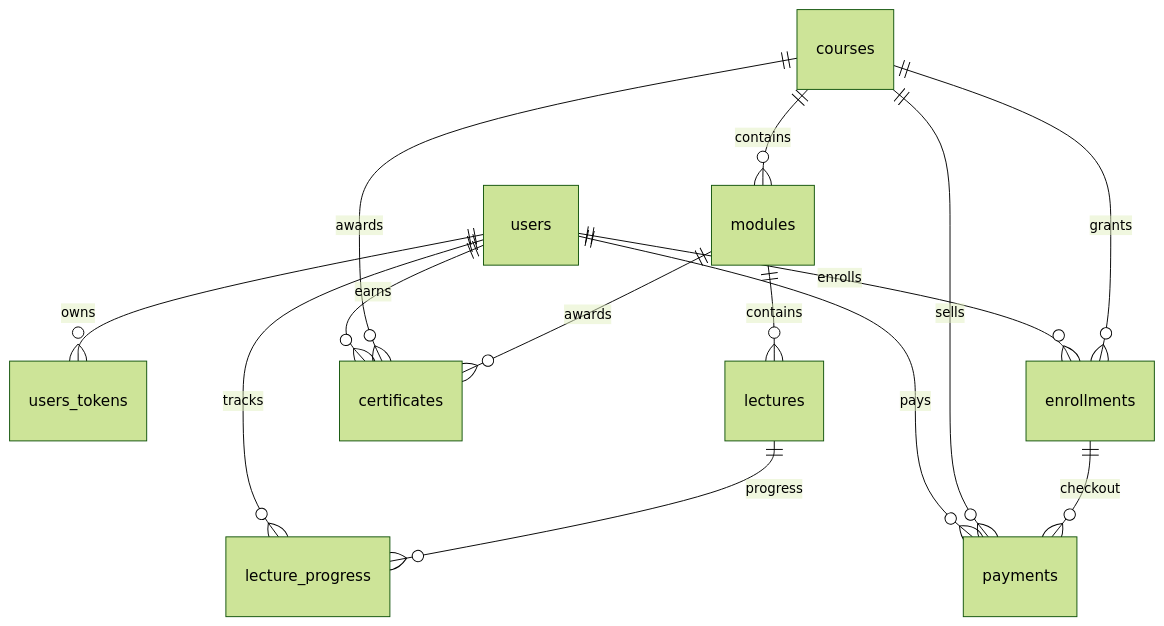
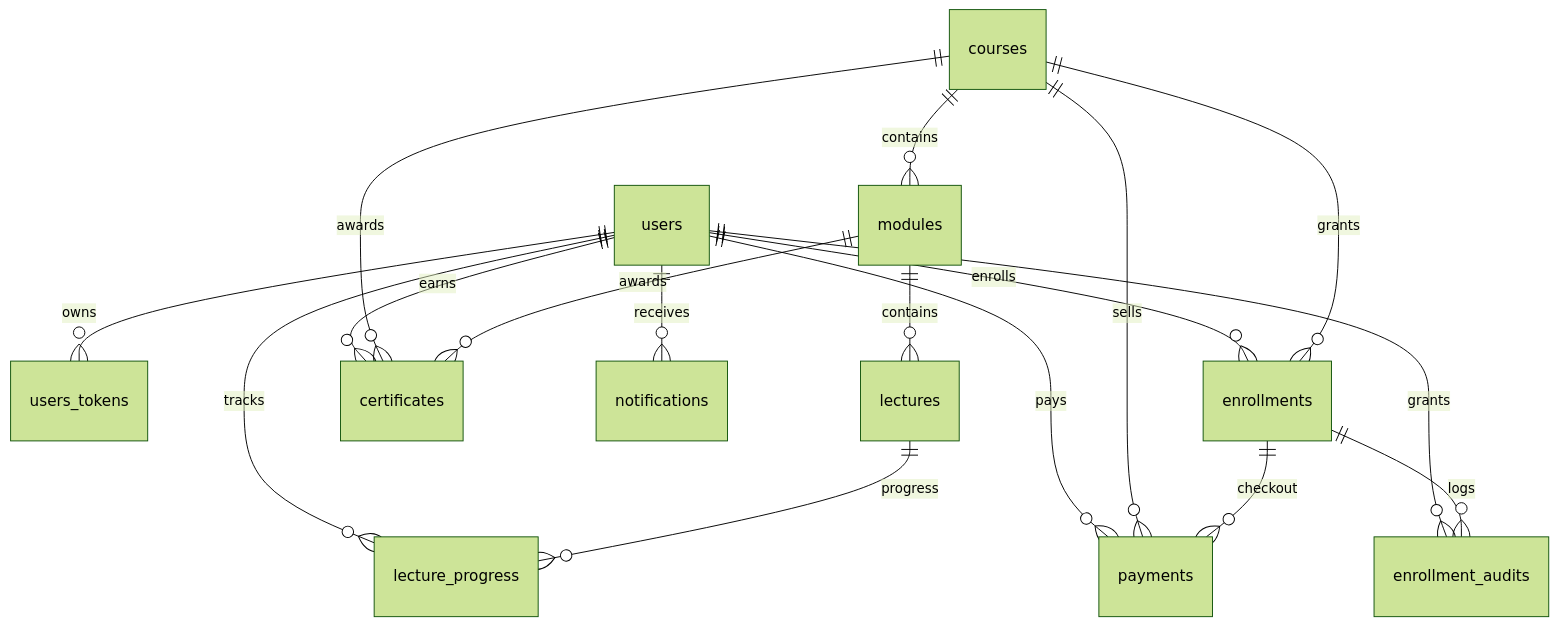
One commit to Vumbuzi-AI/wasomi changed the diagram in docs/DATA_MODEL.md. Above: the diagram before and after it, drawn with Mermaid (forest theme). The commit also changed other lines of this file and 8 other files, not shown here.

````diff
--- a/docs/DATA_MODEL.md
+++ b/docs/DATA_MODEL.md
@@ -5,16 +5,19 @@
 ```mermaid
 erDiagram
   users ||--o{ users_tokens : owns
   users ||--o{ enrollments : enrolls
   users ||--o{ payments : pays
   users ||--o{ lecture_progress : tracks
   users ||--o{ certificates : earns
+  users ||--o{ enrollment_audits : grants
+  users ||--o{ notifications : receives
   courses ||--o{ modules : contains
   modules ||--o{ lectures : contains
   courses ||--o{ enrollments : grants
   courses ||--o{ payments : sells
   enrollments ||--o{ payments : checkout
+  enrollments ||--o{ enrollment_audits : logs
   lectures ||--o{ lecture_progress : progress
   courses ||--o{ certificates : awards
   modules ||--o{ certificates : awards
 ```
````
